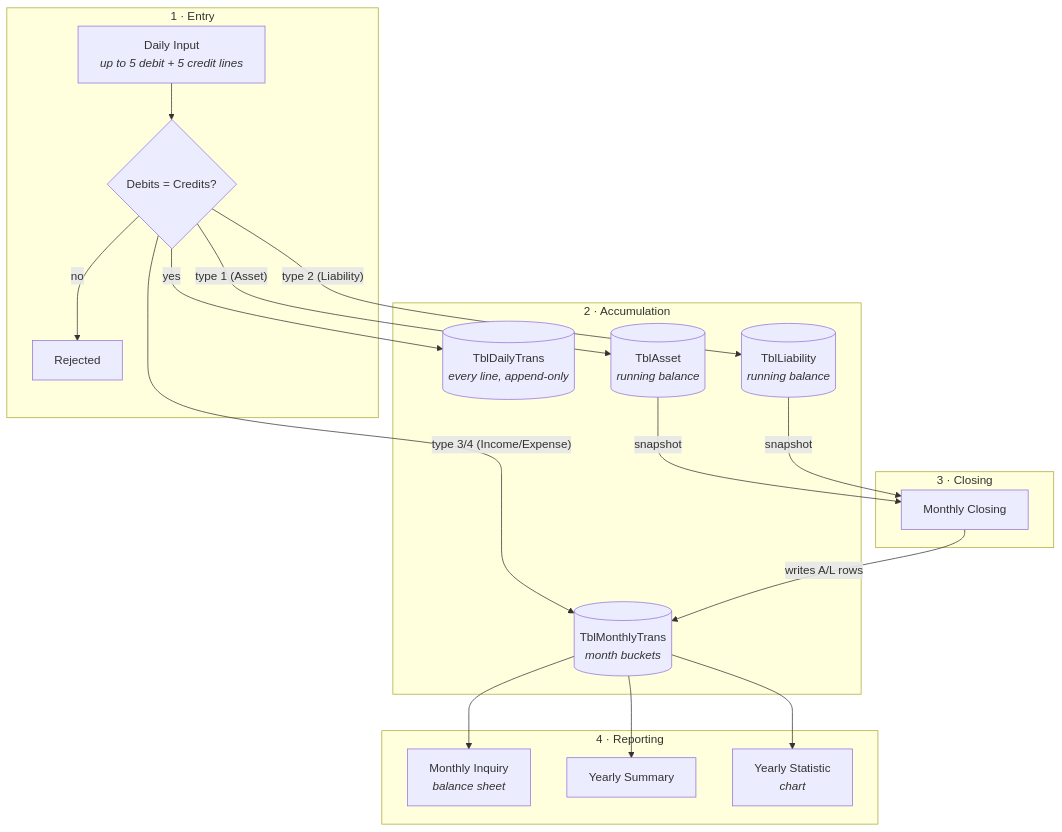
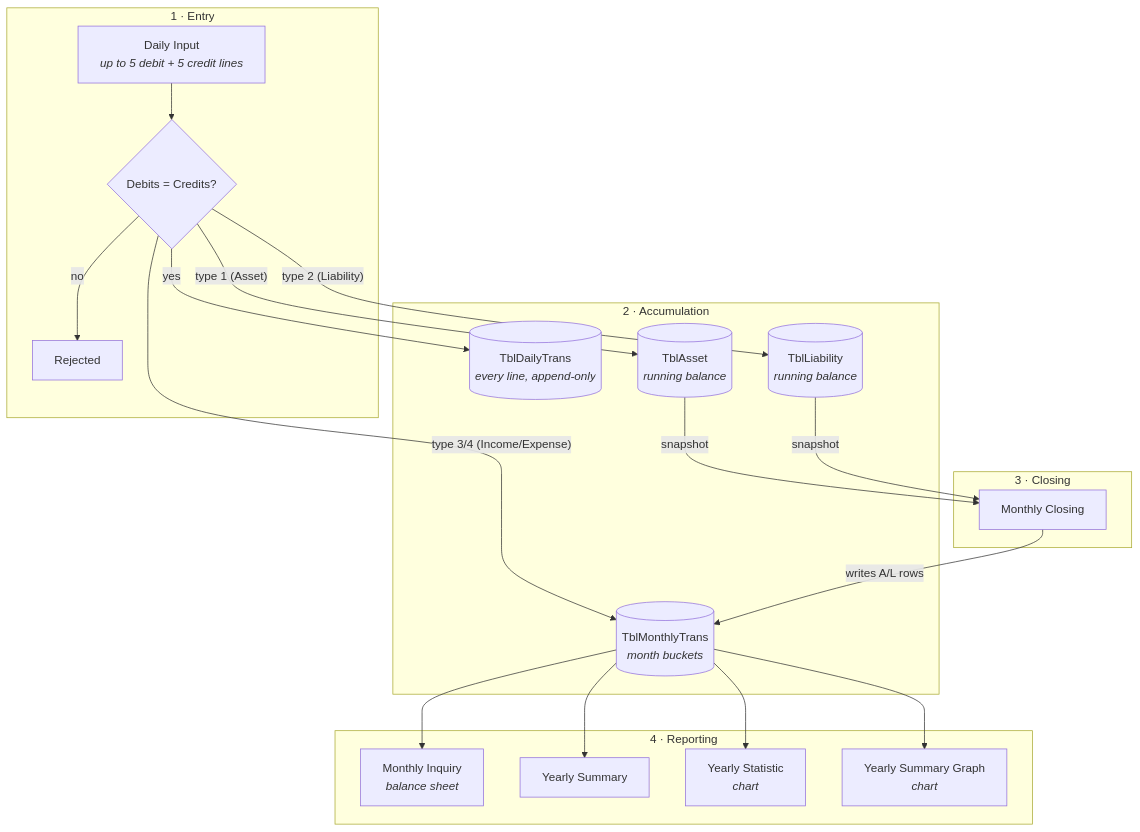
The first of 3 diagrams in README.md (oscar-rijadi/FinancialBalance), drawn with Mermaid before and after one commit. The commit also changed other lines of this file and 32 other files, not shown here.

Commit message:
Add page Yearly Summary Graph

````diff
--- a/README.md
+++ b/README.md
@@ -31,39 +31,41 @@
 ```mermaid
 flowchart TD
     subgraph entry["1 · Entry"]
         DI["Daily Input<br/><i>up to 5 debit + 5 credit lines</i>"]
         CHK{"Debits = Credits?"}
         DI --> CHK
         CHK -- "no" --> REJ["Rejected"]
     end
 
     subgraph accum["2 · Accumulation"]
         DT[("TblDailyTrans<br/><i>every line, append-only</i>")]
         AS[("TblAsset<br/><i>running balance</i>")]
         LI[("TblLiability<br/><i>running balance</i>")]
         MT[("TblMonthlyTrans<br/><i>month buckets</i>")]
     end
 
     subgraph close["3 · Closing"]
         MC["Monthly Closing"]
     end
 
     subgraph report["4 · Reporting"]
         MI["Monthly Inquiry<br/><i>balance sheet</i>"]
         YS["Yearly Summary"]
         YT["Yearly Statistic<br/><i>chart</i>"]
+        YG["Yearly Summary Graph<br/><i>chart</i>"]
     end
 
     CHK -- "yes" --> DT
     CHK -- "type 1 (Asset)" --> AS
     CHK -- "type 2 (Liability)" --> LI
     CHK -- "type 3/4 (Income/Expense)" --> MT
 
     AS -- "snapshot" --> MC
     LI -- "snapshot" --> MC
     MC -- "writes A/L rows" --> MT
 
     MT --> MI
     MT --> YS
     MT --> YT
+    MT --> YG
 ```
````
